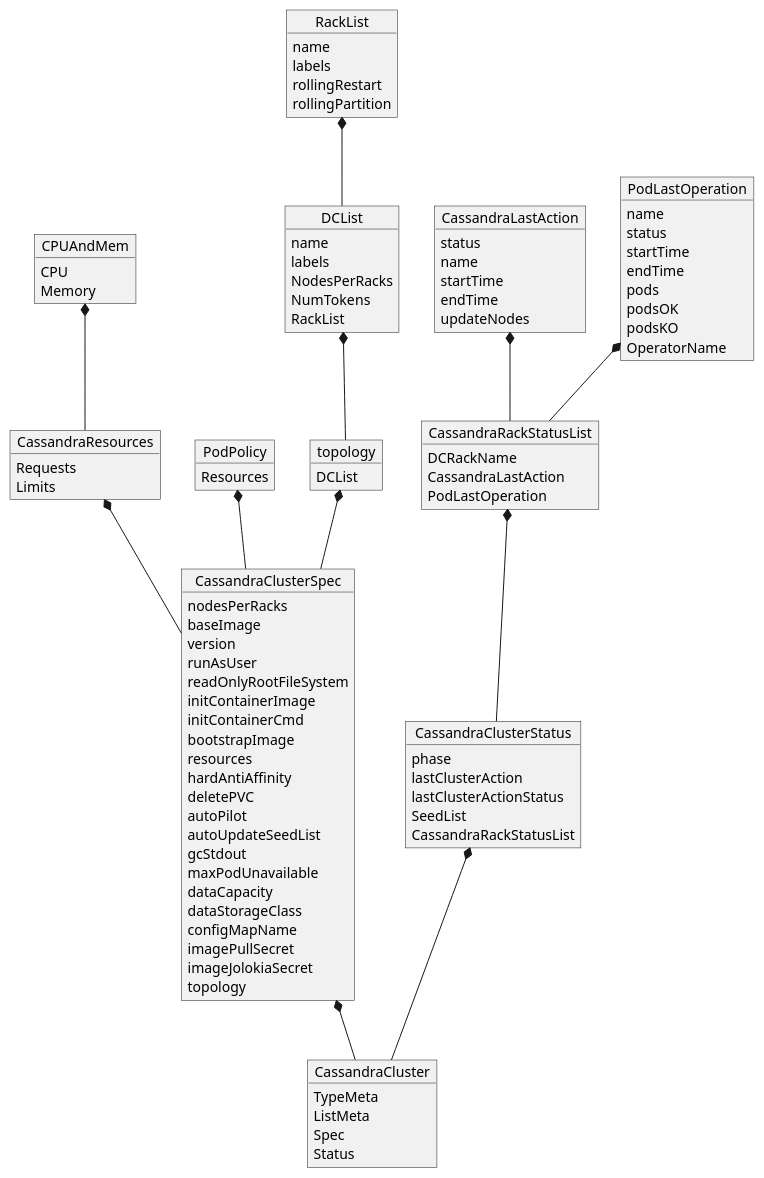
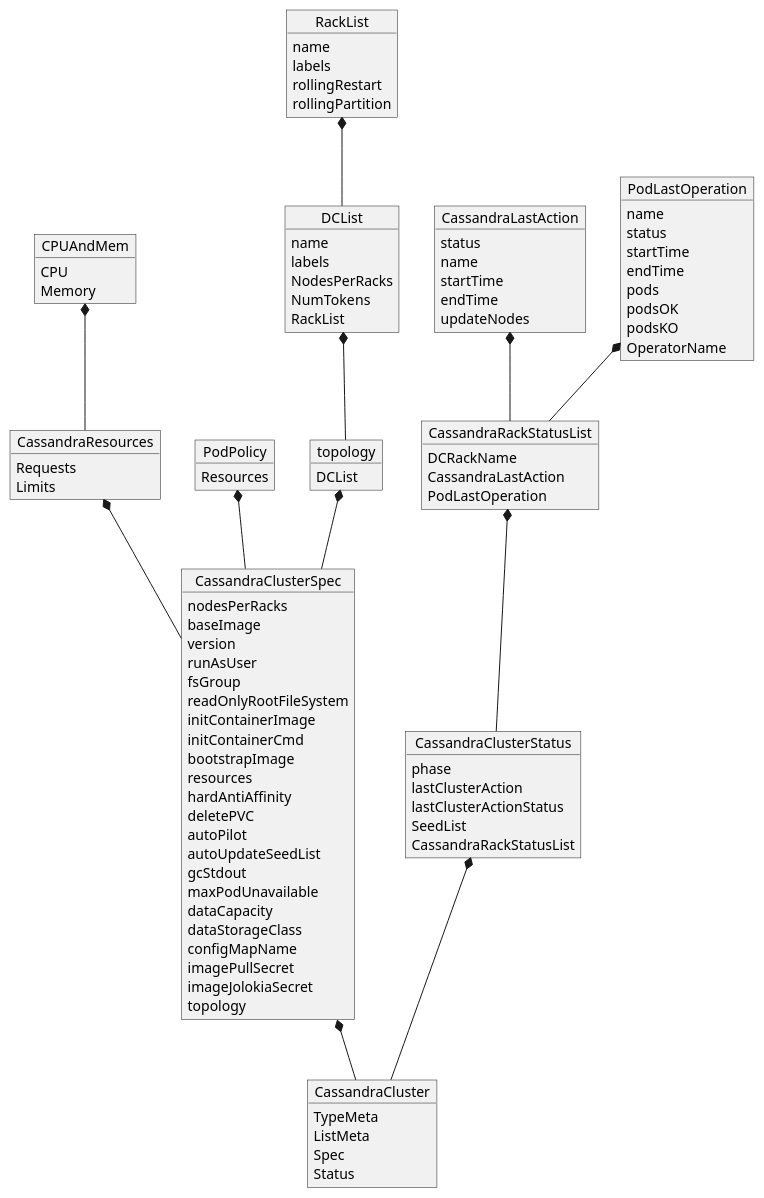
Before and after one commit to Orange-OpenSource/casskop: the diagram in documentation/uml/crd.puml, drawn with PlantUML. The commit also changed 10 other files, not shown here.

First line of the commit message:
Added `fsGroup` to `CassandraCluster.Spec`

```diff
--- a/documentation/uml/crd.puml
+++ b/documentation/uml/crd.puml
@@ -1,105 +1,106 @@
 @startuml
 object CassandraCluster
 CassandraCluster : TypeMeta
 CassandraCluster : ListMeta
 CassandraCluster : Spec
 CassandraCluster : Status
 
 object CPUAndMem
 CPUAndMem : CPU
 CPUAndMem : Memory
 
 object CassandraResources
 CassandraResources : Requests
 CassandraResources : Limits
 
 object PodPolicy
 PodPolicy : Resources
 
 object CassandraClusterSpec
 CassandraClusterSpec : nodesPerRacks
 CassandraClusterSpec : baseImage
 CassandraClusterSpec : version
 CassandraClusterSpec : runAsUser
+CassandraClusterSpec : fsGroup
 CassandraClusterSpec : readOnlyRootFileSystem
 CassandraClusterSpec : initContainerImage
 CassandraClusterSpec : initContainerCmd
 CassandraClusterSpec : bootstrapImage
 CassandraClusterSpec : resources
 CassandraClusterSpec : hardAntiAffinity
 CassandraClusterSpec : deletePVC
 CassandraClusterSpec : autoPilot
 CassandraClusterSpec : autoUpdateSeedList
 CassandraClusterSpec : gcStdout
 CassandraClusterSpec : maxPodUnavailable
 CassandraClusterSpec : dataCapacity
 CassandraClusterSpec : dataStorageClass
 CassandraClusterSpec : configMapName
 CassandraClusterSpec : imagePullSecret
 CassandraClusterSpec : imageJolokiaSecret
 CassandraClusterSpec : topology
 
 object topology
 topology : DCList
 
 object DCList
 DCList : name
 DCList : labels
 DCList : NodesPerRacks
 DCList : NumTokens
 DCList : RackList
 
 object RackList
 RackList : name
 RackList : labels
 RackList : rollingRestart
 RackList :  rollingPartition
 
 RackList *-- DCList
 DCList *-- topology
 
 topology *-- CassandraClusterSpec
 
 object CassandraClusterStatus
 CassandraClusterStatus : phase
 CassandraClusterStatus : lastClusterAction
 CassandraClusterStatus : lastClusterActionStatus
 CassandraClusterStatus : SeedList
 CassandraClusterStatus : CassandraRackStatusList
 
 
 object CassandraLastAction
 CassandraLastAction : status
 CassandraLastAction : name
 CassandraLastAction : startTime
 CassandraLastAction : endTime
 CassandraLastAction : updateNodes
 
 object PodLastOperation
 PodLastOperation : name
 PodLastOperation : status
 PodLastOperation : startTime
 PodLastOperation : endTime
 PodLastOperation : pods
 PodLastOperation : podsOK
 PodLastOperation : podsKO
 PodLastOperation : OperatorName
 
 
 CassandraClusterSpec *-- CassandraCluster
 CassandraClusterStatus *-- CassandraCluster
 
 object CassandraRackStatusList
 CassandraRackStatusList : DCRackName
 CassandraRackStatusList : CassandraLastAction
 CassandraRackStatusList : PodLastOperation
 
 CassandraRackStatusList *-- CassandraClusterStatus
 CassandraLastAction *-- CassandraRackStatusList
 PodLastOperation *-- CassandraRackStatusList
 
 CPUAndMem  *-- CassandraResources
 CassandraResources *-- CassandraClusterSpec
 
 PodPolicy *-- CassandraClusterSpec
 @enduml
```
